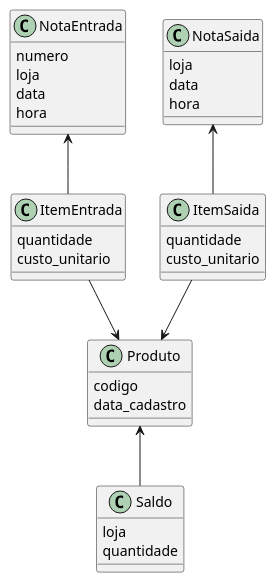
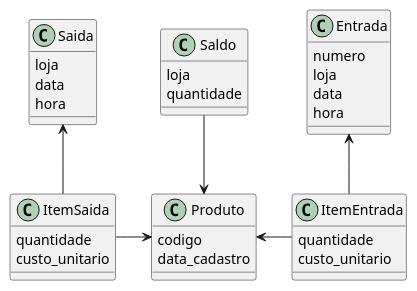
The diagram in diagramas/modelo.puml (ivaneyvieira/engEstoque-Archive), drawn with PlantUML before and after one commit.

Commit message:
Modelo de dados

```diff
--- a/diagramas/modelo.puml
+++ b/diagramas/modelo.puml
@@ -1,40 +1,40 @@
 @startuml modelo
 class Produto{
 	codigo
 	data_cadastro
 }
 
 class ItemEntrada{
 	quantidade
 	custo_unitario
 }
 
-class NotaEntrada{
+class Entrada{
 	numero
 	loja
 	data
 	hora
 }
 
 class ItemSaida{
 	quantidade
 	custo_unitario
 }
 
-class NotaSaida{
+class Saida{
 	loja
 	data
 	hora
 }
 
 class Saldo{
 	loja
 	quantidade
 }
 
-NotaEntrada	<-- ItemEntrada
-NotaSaida	<-- ItemSaida
-ItemEntrada	-->	Produto
-ItemSaida	-->	Produto
-Saldo		-u->	Produto
+Entrada	<-- ItemEntrada
+Saida	<-- ItemSaida
+ItemEntrada	-l->	Produto
+ItemSaida	-r->	Produto
+Saldo		-d->	Produto
 @enduml
```
